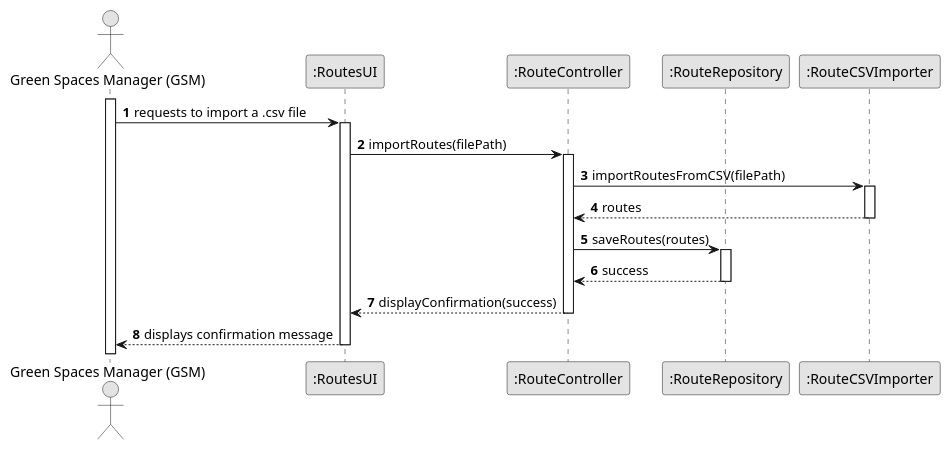
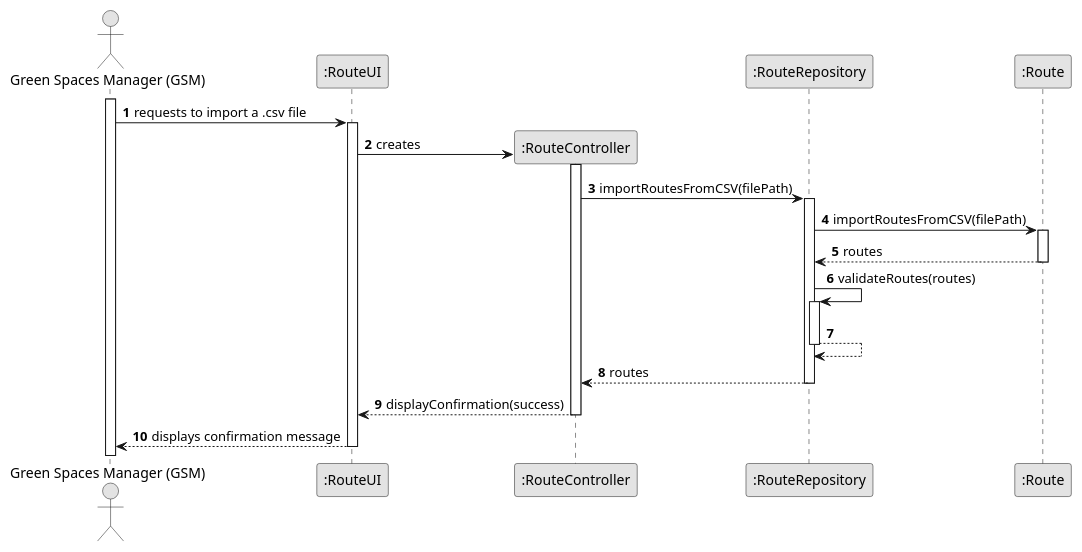
One commit to ricardomm7/leaflink changed the diagram in docs/sprintB/us012/03.design/puml/us012-sequence-diagram-full.puml. Above: the diagram before and after it, drawn with PlantUML. The commit also changed other lines of this file and 10 other files, not shown here.

```diff
--- a/docs/sprintB/us012/03.design/puml/us012-sequence-diagram-full.puml
+++ b/docs/sprintB/us012/03.design/puml/us012-sequence-diagram-full.puml
@@ -1,42 +1,48 @@
 @startuml
 skinparam monochrome true
 skinparam packageStyle rectangle
 skinparam shadowing false
 
 autonumber
 
 'hide footbox
 actor "Green Spaces Manager (GSM)" as GSM
-participant ":RoutesUI" as UI
+participant ":RouteUI" as UI
 participant ":RouteController" as CTR
 participant ":RouteRepository" as Repository
-participant ":RouteCSVImporter" as Importer
+participant ":Route" as Importer
 
 activate GSM
 
 GSM -> UI : requests to import a .csv file
 activate UI
 
-UI -> CTR : importRoutes(filePath)
+UI -> CTR ** : creates
 activate CTR
 
-CTR -> Importer : importRoutesFromCSV(filePath)
-activate Importer
+CTR -> Repository : importRoutesFromCSV(filePath)
+activate Repository
+
+    Repository -> Importer: importRoutesFromCSV(filePath)
+    activate Importer
+
+    Importer --> Repository: routes
+    deactivate Importer
 
 
-Importer --> CTR : routes
-deactivate Importer
-
-CTR -> Repository : saveRoutes(routes)
+Repository -> Repository: validateRoutes(routes)
 activate Repository
 
-Repository --> CTR : success
+    Repository --> Repository
+    deactivate Repository
+
+Repository --> CTR : routes
 deactivate Repository
 
 CTR --> UI : displayConfirmation(success)
 deactivate CTR
 
 UI --> GSM : displays confirmation message
 deactivate UI
 
 @enduml
```
